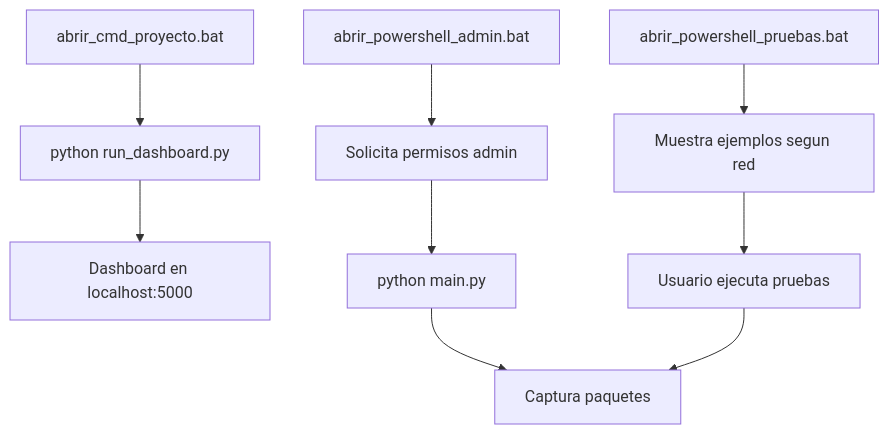
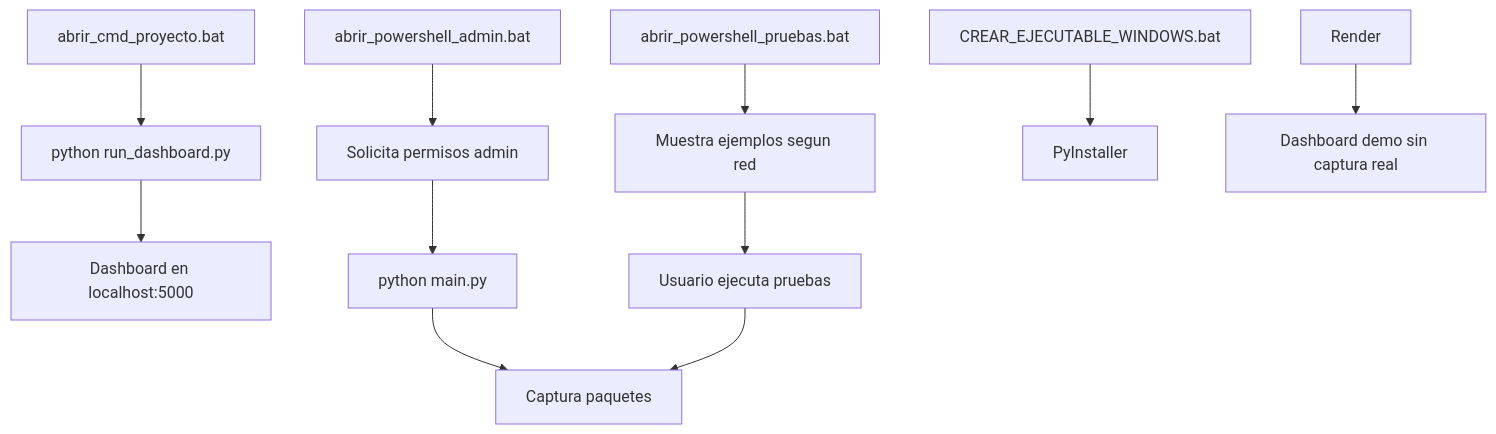
Before and after one commit to UPT-FAING-EPIS/proyecto-si784-2026-i-u3-ids-sistema-deteccion-de-instrusos_u3: the second of 5 diagrams in docs/FD04-Informe-Arquitectura de Software.md, drawn with Mermaid. The commit also changed other lines of this file and 5 other files, not shown here.

````diff
--- a/docs/FD04-Informe-Arquitectura de Software.md
+++ b/docs/FD04-Informe-Arquitectura de Software.md
@@ -78,11 +92,13 @@
 ```mermaid
 flowchart TD
     A[abrir_cmd_proyecto.bat] --> B[python run_dashboard.py]
     B --> C[Dashboard en localhost:5000]
     D[abrir_powershell_admin.bat] --> E[Solicita permisos admin]
     E --> F[python main.py]
     F --> G[Captura paquetes]
     H[abrir_powershell_pruebas.bat] --> I[Muestra ejemplos segun red]
     I --> J[Usuario ejecuta pruebas]
     J --> G
+    K[CREAR_EJECUTABLE_WINDOWS.bat] --> L[PyInstaller]
+    M[Render] --> N[Dashboard demo sin captura real]
 ```
````
